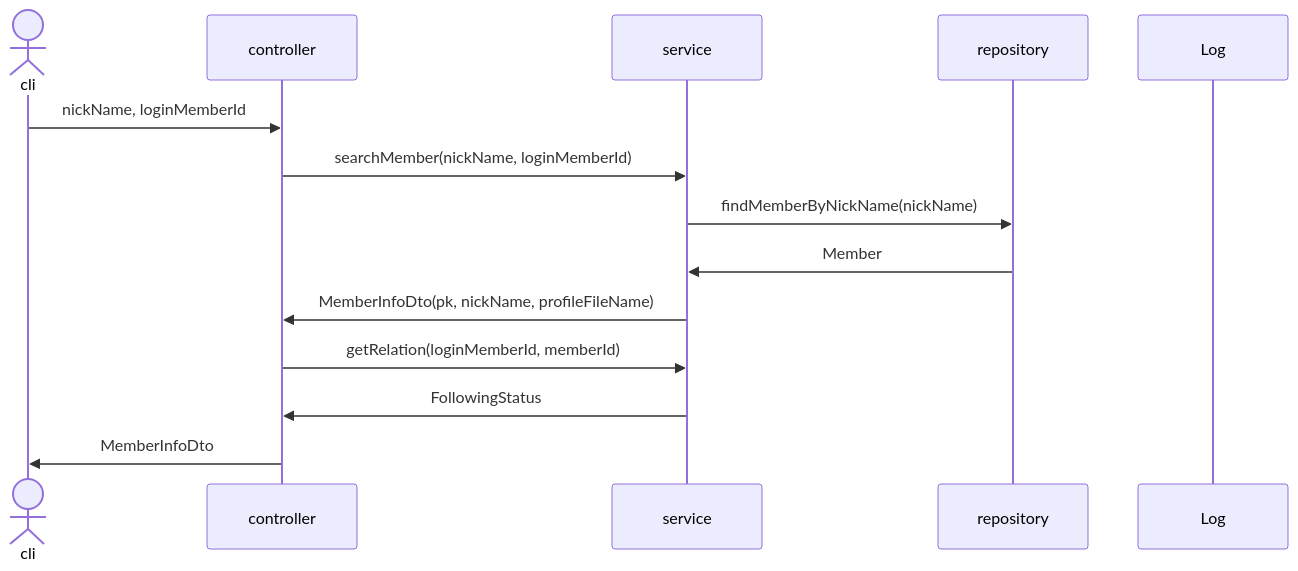
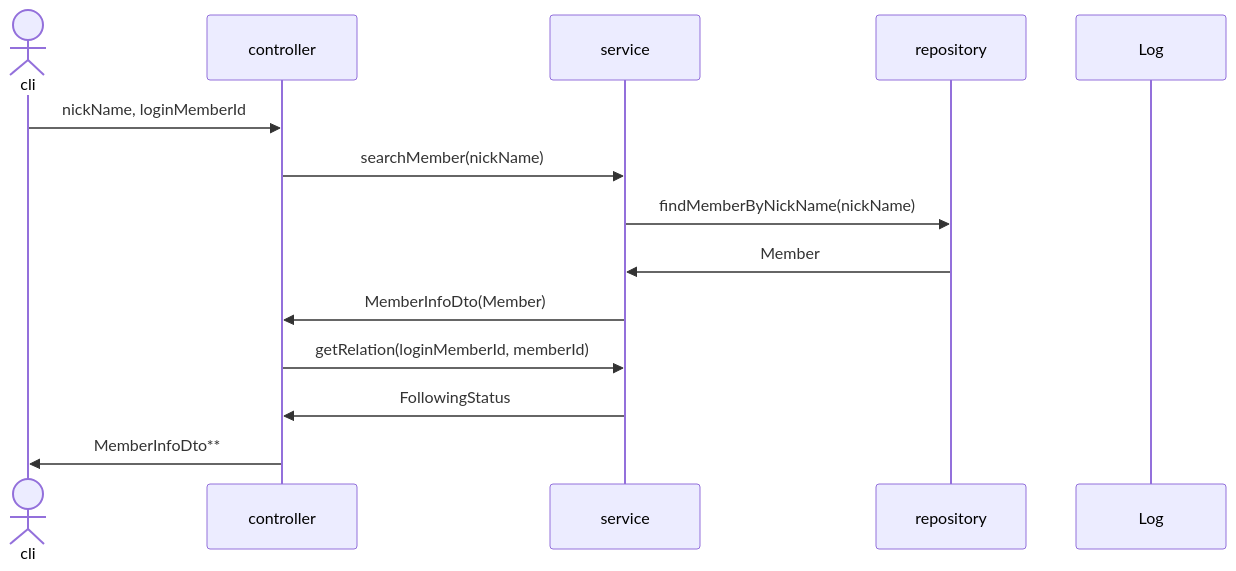
Before and after one commit to mtak0235/snsX: diagram 19 of 37 in sequence.md, drawn with Mermaid. The commit also changed other lines of this file and 5 other files, not shown here.

````diff
--- a/sequence.md
+++ b/sequence.md
@@ -510,17 +455,17 @@
 ```mermaid
 sequenceDiagram
 actor cli
 participant c as controller
 participant s as service
 participant r as repository
 participant l as Log
 
 cli->>c: nickName, loginMemberId
-c->>s: searchMember(nickName, loginMemberId)
+c->>s: searchMember(nickName)
 s->>r: findMemberByNickName(nickName)
 r->>s: Member
-s->>c: MemberInfoDto(pk, nickName, profileFileName)
+s->>c: MemberInfoDto(Member)
 c->>s: getRelation(loginMemberId, memberId)
 s->>c: FollowingStatus
-c->>cli: MemberInfoDto
+c->>cli: MemberInfoDto**
 ```
````
